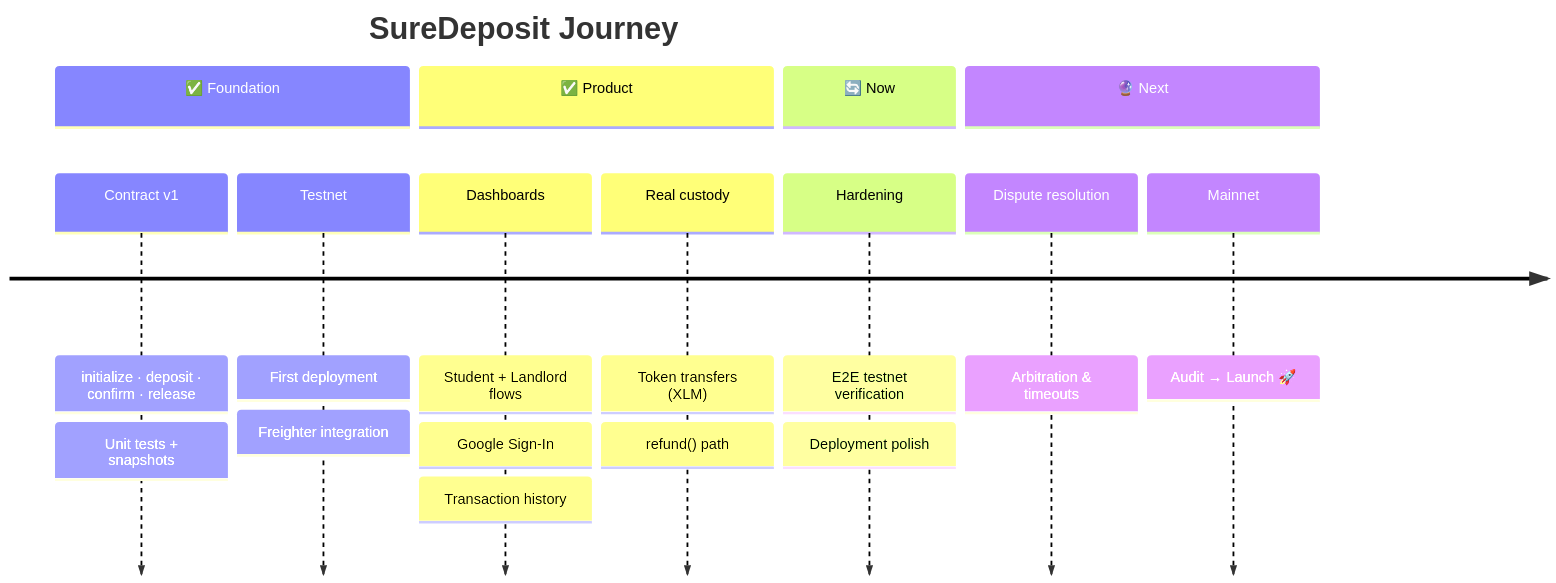
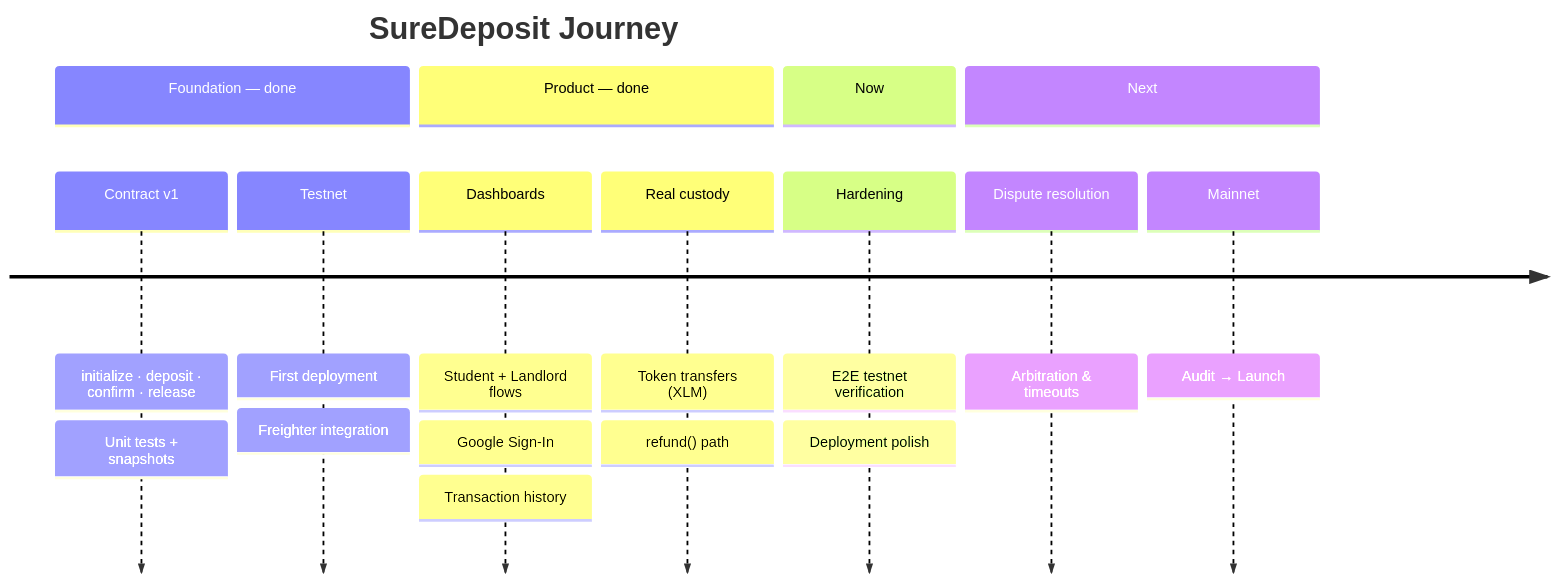
The sixth of 6 diagrams in README.md (omjoshi-2307/SureD), drawn with Mermaid before and after one commit. The commit also changed other lines of this file and 1 other file, not shown here.

````diff
--- a/README.md
+++ b/README.md
@@ -691,15 +671,15 @@
 ```mermaid
 timeline
     title SureDeposit Journey
-    section ✅ Foundation
+    section Foundation — done
         Contract v1 : initialize · deposit · confirm · release : Unit tests + snapshots
         Testnet : First deployment : Freighter integration
-    section ✅ Product
+    section Product — done
         Dashboards : Student + Landlord flows : Google Sign-In : Transaction history
         Real custody : Token transfers (XLM) : refund() path
-    section 🔄 Now
+    section Now
         Hardening : E2E testnet verification : Deployment polish
-    section 🔮 Next
+    section Next
         Dispute resolution : Arbitration & timeouts
-        Mainnet : Audit → Launch 🚀
+        Mainnet : Audit → Launch
 ```
````
